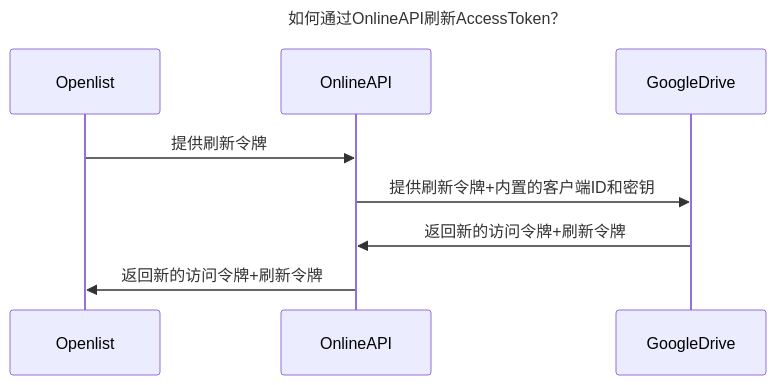
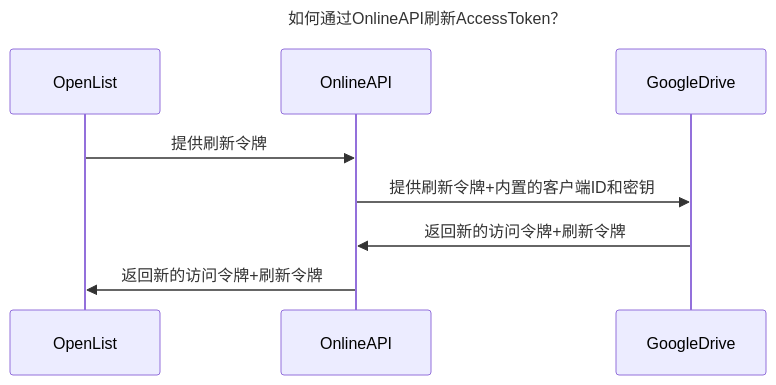
Before and after one commit to xrgzs/OpenList-Docs: the second of 3 diagrams in pages/guide/drivers/google_drive.md, drawn with Mermaid. The commit also changed other lines of this file and 12 other files, not shown here.

Commit message:
chore(typo): replace `Openlist` to `OpenList` (#48)

````diff
--- a/pages/guide/drivers/google_drive.md
+++ b/pages/guide/drivers/google_drive.md
@@ -142,13 +142,13 @@
 ```mermaid
 ---
 title: 如何通过OnlineAPI刷新AccessToken？
 ---
 sequenceDiagram
-  participant  Openlist
+  participant  OpenList
   participant  OnlineAPI
   participant  GoogleDrive
-  Openlist->>OnlineAPI: 提供刷新令牌
+  OpenList->>OnlineAPI: 提供刷新令牌
   OnlineAPI->>GoogleDrive: 提供刷新令牌+内置的客户端ID和密钥
   GoogleDrive->>OnlineAPI: 返回新的访问令牌+刷新令牌
-  OnlineAPI->>Openlist: 返回新的访问令牌+刷新令牌
+  OnlineAPI->>OpenList: 返回新的访问令牌+刷新令牌
 ```
````
